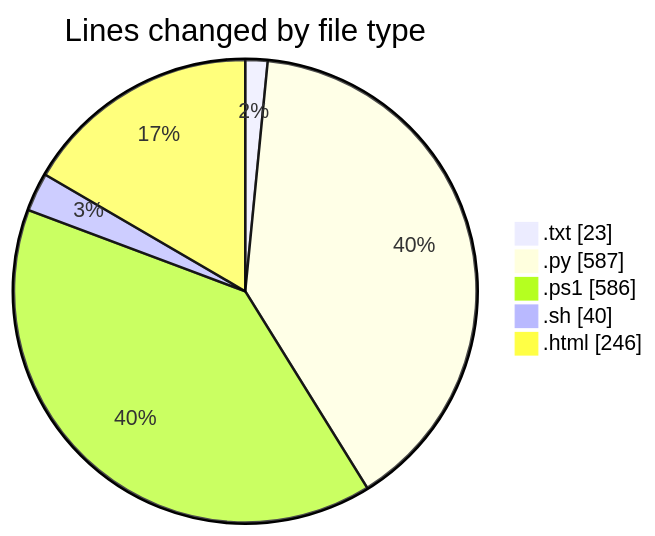
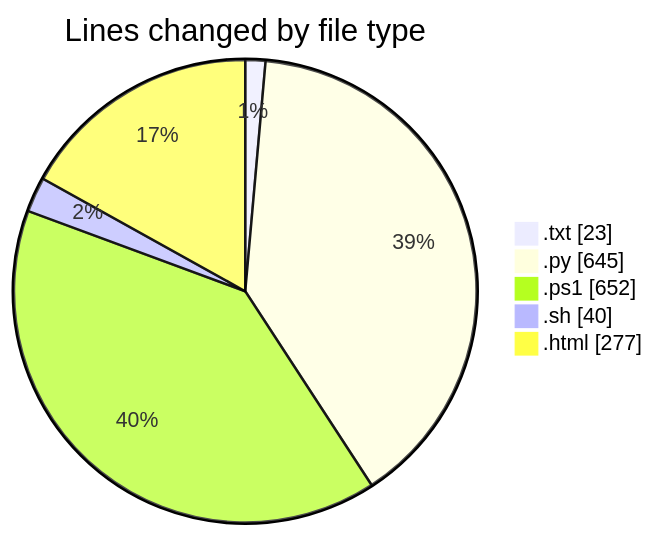
One commit to CELIANVF/code-tracking changed the first of 2 diagrams in 2025-05-16/python_app_deploy/README.md. Above: the diagram before and after it, drawn with Mermaid. The commit also changed other lines of this file and 1 other file, not shown here.

````diff
--- a/2025-05-16/python_app_deploy/README.md
+++ b/2025-05-16/python_app_deploy/README.md
@@ -29,9 +30,9 @@
 ```mermaid
 pie showData
 title Lines changed by file type
 ".txt" : 23
-".py" : 587
-".ps1" : 586
+".py" : 645
+".ps1" : 652
 ".sh" : 40
-".html" : 246
+".html" : 277
 ```
````
